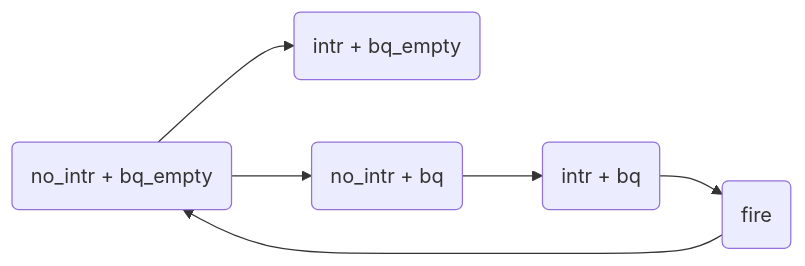
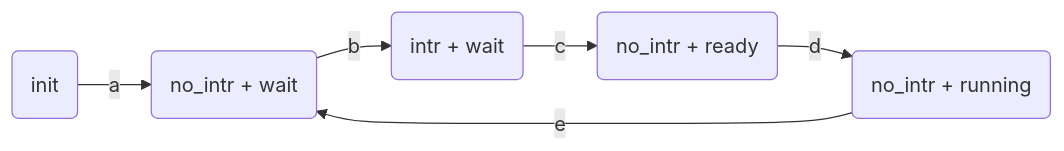
One commit to oscourse-tsinghua/openingreport-zfliang2023 changed the diagram in discuss/协调问题讨论.md. Above: the diagram before and after it, drawn with Mermaid. The commit also changed other lines of this file, not shown here.

Commit message:
Add design of interrupt handl status translation graph

````diff
--- a/discuss/协调问题讨论.md
+++ b/discuss/协调问题讨论.md
@@ -27,12 +40,9 @@
 ```mermaid
 graph LR
-    A(no_intr + bq_empty)
-    B(intr + bq_empty)
-    C(no_intr + bq)
-    D(intr + bq)
-    E(fire)
-    A --> B 
-    A --> C --> D
-    D --> E
-    E --> A
+    A(init)
+    B(no_intr + wait)
+    C(intr + wait)
+    D(no_intr + ready)
+    E(no_intr + running)
+    A --> |a| B --> |b| C --> |c| D --> |d| E --> |e| B
 ```
````
